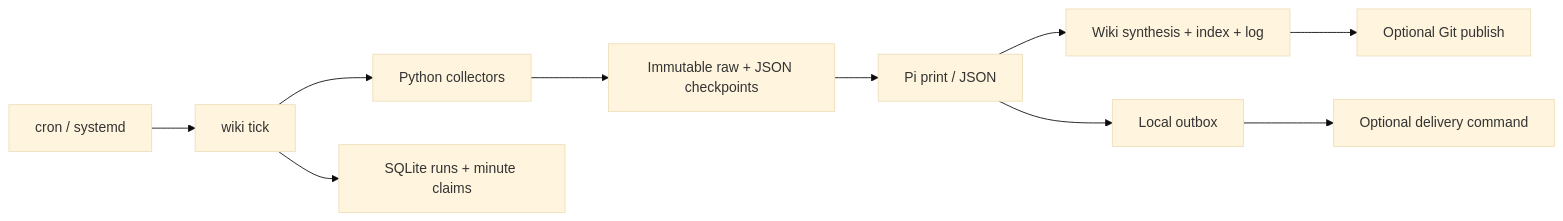
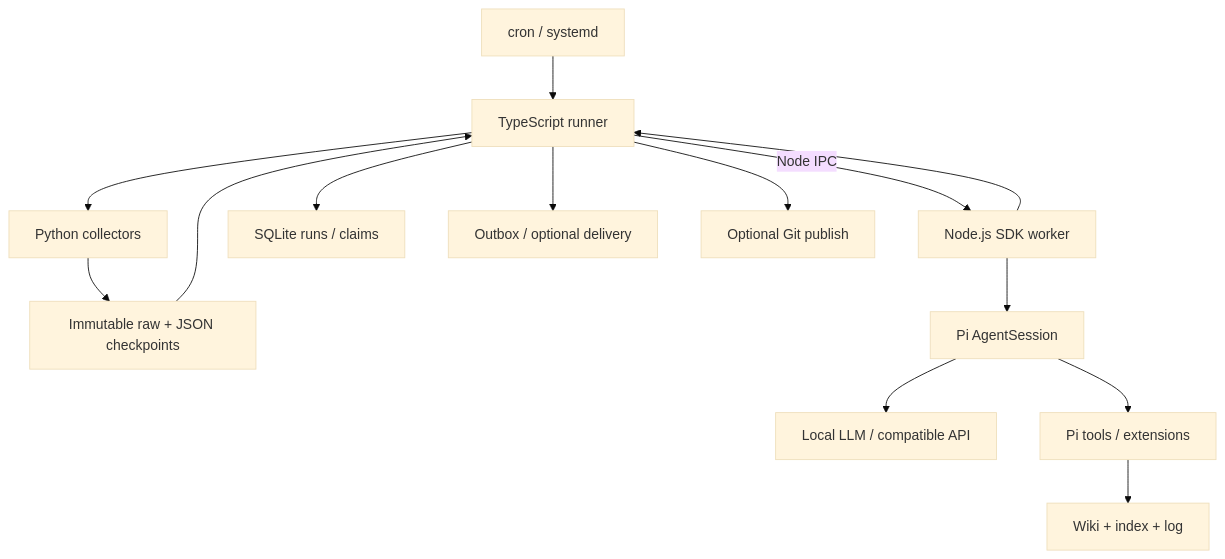
Before and after one commit to kzinmr/ai-topics-pi: the diagram in docs/architecture.md, drawn with Mermaid (base theme). The commit also changed other lines of this file and 59 other files, not shown here.

Commit message:
Use a TypeScript runner with native Pi SDK sessions

````diff
--- a/docs/architecture.md
+++ b/docs/architecture.md
@@ -5,12 +5,16 @@
 ```mermaid
-flowchart LR
-    OS[cron / systemd] --> R[wiki tick]
+flowchart TD
+    OS[cron / systemd] --> R[TypeScript runner]
     R --> C[Python collectors]
     C --> RAW[Immutable raw + JSON checkpoints]
-    RAW --> P[Pi print / JSON]
-    P --> W[Wiki synthesis + index + log]
-    R --> S[SQLite runs + minute claims]
-    P --> O[Local outbox]
-    O --> D[Optional delivery command]
-    W --> G[Optional Git publish]
+    RAW --> R
+    R -->|Node IPC| W[Node.js SDK worker]
+    W --> SDK[Pi AgentSession]
+    SDK --> LLM[Local LLM / compatible API]
+    SDK --> TOOLS[Pi tools / extensions]
+    TOOLS --> WIKI[Wiki + index + log]
+    W --> R
+    R --> DB[SQLite runs / claims]
+    R --> OUT[Outbox / optional delivery]
+    R --> GIT[Optional Git publish]
 ```
````
